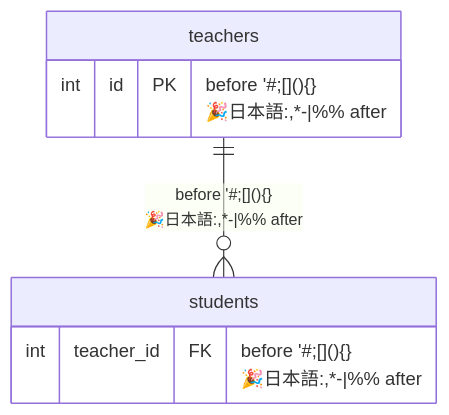
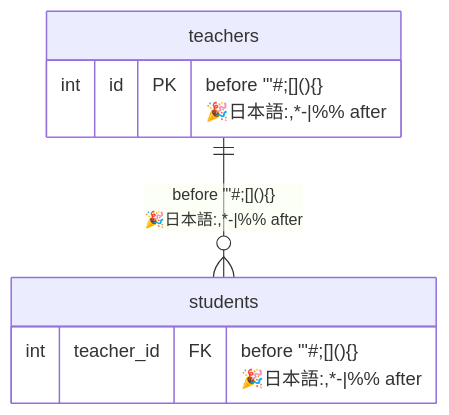
One commit to nao1215/markdown changed the diagram in doc/edgecase/er.md. Above: the diagram before and after it, drawn with Mermaid. The commit also changed 4 other files, not shown here.

First line of the commit message:
fix(mermaid): escape the quote that loses an entity relationship diagram (#161)

````diff
--- a/doc/edgecase/er.md
+++ b/doc/edgecase/er.md
@@ -5,11 +5,11 @@
 ```mermaid
 erDiagram
-    teachers ||--o{ students : "before '#;[](){}<br/>🎉日本語:,*-|%% after"
+    teachers ||--o{ students : "before #quot;'#;[](){}<br/>🎉日本語:,*-|%% after"
     students {
-        int teacher_id FK "before '#;[](){}<br/>🎉日本語:,*-|%% after"
+        int teacher_id FK "before #quot;'#;[](){}<br/>🎉日本語:,*-|%% after"
     }
     teachers {
-        int id PK "before '#;[](){}<br/>🎉日本語:,*-|%% after"
+        int id PK "before #quot;'#;[](){}<br/>🎉日本語:,*-|%% after"
     }
 
 ```
````
